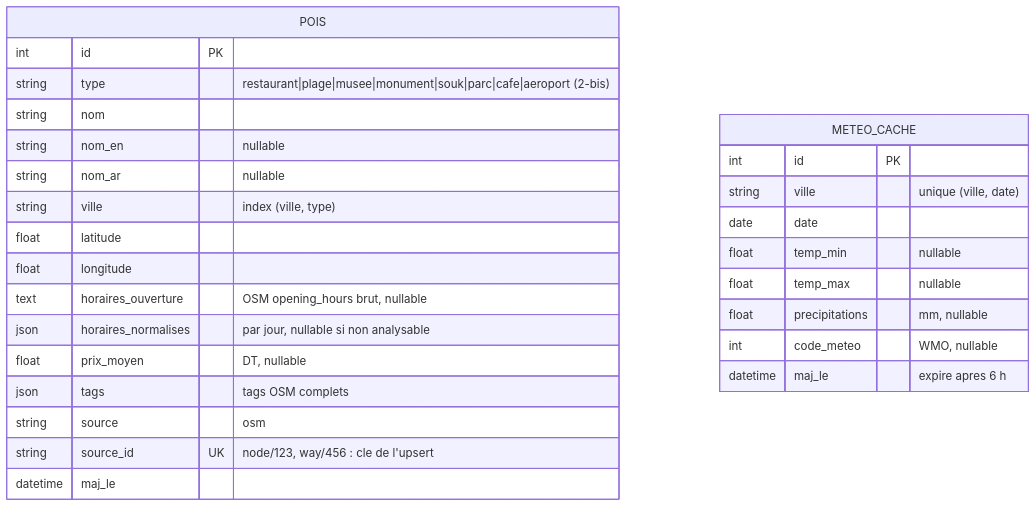
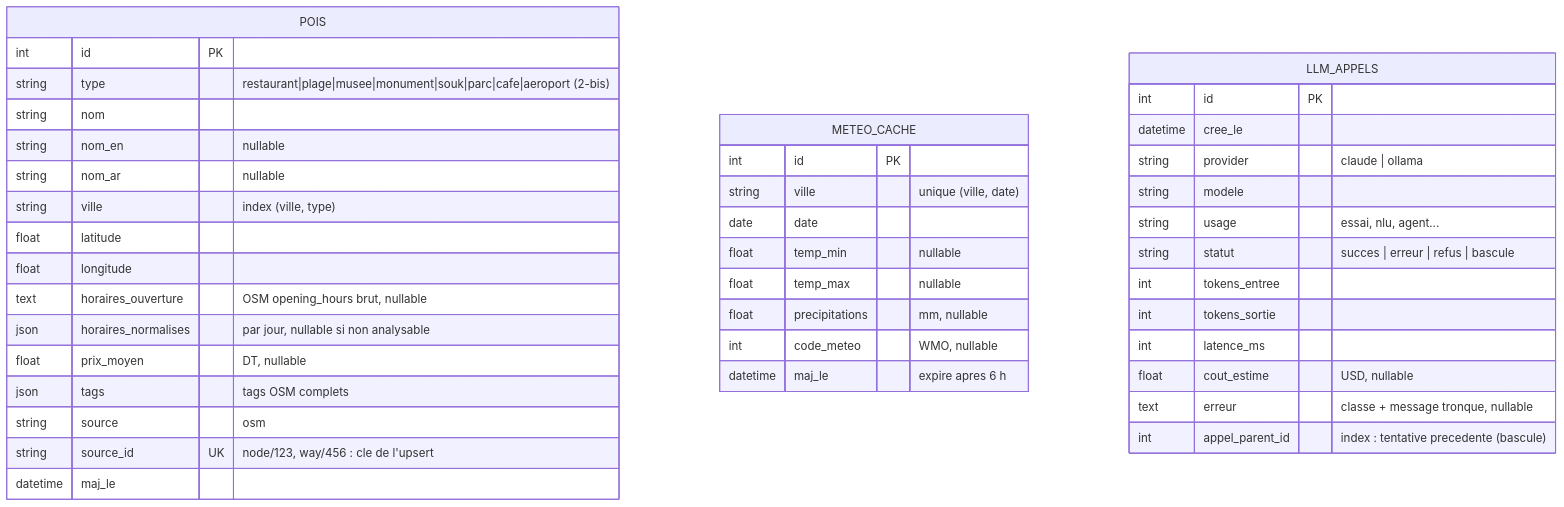
Before and after one commit to ALI0benjannet/voyara: the seventh of 8 diagrams in docs/mcd.md, drawn with Mermaid. The commit also changed other lines of this file and 52 other files, not shown here.

````diff
--- a/docs/mcd.md
+++ b/docs/mcd.md
@@ -278,30 +278,44 @@
 ```mermaid
 erDiagram
     POIS {
         int id PK
         string type "restaurant|plage|musee|monument|souk|parc|cafe|aeroport (2-bis)"
         string nom
         string nom_en "nullable"
         string nom_ar "nullable"
         string ville "index (ville, type)"
         float latitude
         float longitude
         text horaires_ouverture "OSM opening_hours brut, nullable"
         json horaires_normalises "par jour, nullable si non analysable"
         float prix_moyen "DT, nullable"
         json tags "tags OSM complets"
         string source "osm"
         string source_id UK "node/123, way/456 : cle de l'upsert"
         datetime maj_le
     }
     METEO_CACHE {
         int id PK
         string ville "unique (ville, date)"
         date date
         float temp_min "nullable"
         float temp_max "nullable"
         float precipitations "mm, nullable"
         int code_meteo "WMO, nullable"
         datetime maj_le "expire apres 6 h"
     }
+    LLM_APPELS {
+        int id PK
+        datetime cree_le
+        string provider "claude | ollama"
+        string modele
+        string usage "essai, nlu, agent..."
+        string statut "succes | erreur | refus | bascule"
+        int tokens_entree
+        int tokens_sortie
+        int latence_ms
+        float cout_estime "USD, nullable"
+        text erreur "classe + message tronque, nullable"
+        int appel_parent_id "index : tentative precedente (bascule)"
+    }
 ```
````
